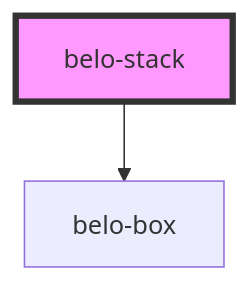
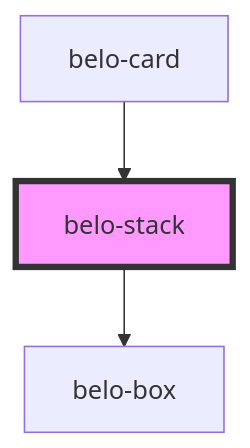
One commit to KonstantinBelenko/Belo changed the diagram in src/components/belo-stack/readme.md. Above: the diagram before and after it, drawn with Mermaid. The commit also changed other lines of this file and 10 other files, not shown here.

````diff
--- a/src/components/belo-stack/readme.md
+++ b/src/components/belo-stack/readme.md
@@ -23,5 +27,6 @@
 ```mermaid
 graph TD;
   belo-stack --> belo-box
+  belo-card --> belo-stack
   style belo-stack fill:#f9f,stroke:#333,stroke-width:4px
 ```
````
